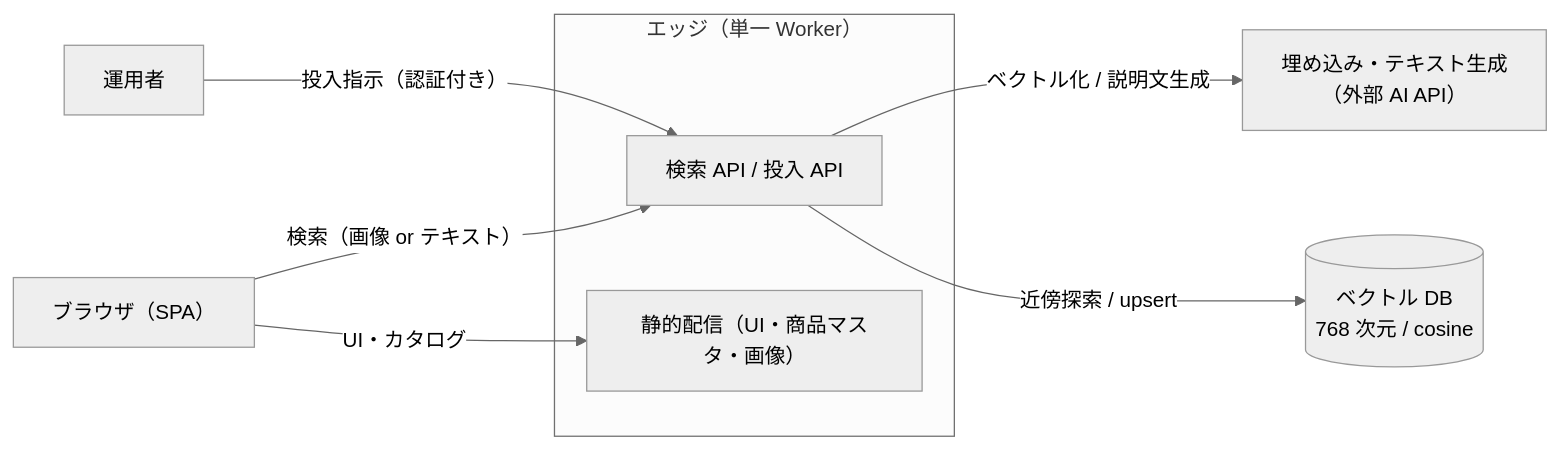
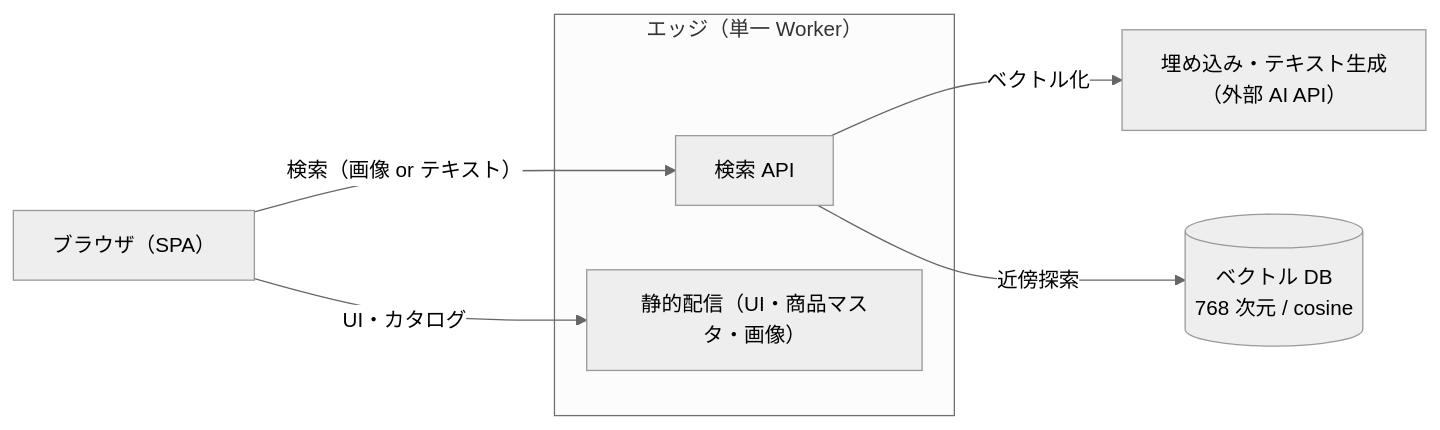
Before and after one commit to cancer/i2i-search: the diagram in docs/architecture.md, drawn with Mermaid (neutral theme). The commit also changed other lines of this file, not shown here.

First line of the commit message:
docs: drop ingestion specifics from architecture doc

````diff
--- a/docs/architecture.md
+++ b/docs/architecture.md
@@ -21,16 +21,15 @@
 ```mermaid
 flowchart LR
     B["ブラウザ（SPA）"]
     subgraph Edge["エッジ（単一 Worker）"]
-        API["検索 API / 投入 API"]
+        API["検索 API"]
         ST["静的配信（UI・商品マスタ・画像）"]
     end
     VDB[("ベクトル DB<br/>768 次元 / cosine")]
     AI["埋め込み・テキスト生成<br/>（外部 AI API）"]
 
     B -->|"検索（画像 or テキスト）"| API
     B -->|"UI・カタログ"| ST
-    API -->|"ベクトル化 / 説明文生成"| AI
-    API -->|"近傍探索 / upsert"| VDB
-    Ops["運用者"] -->|"投入指示（認証付き）"| API
+    API -->|"ベクトル化"| AI
+    API -->|"近傍探索"| VDB
 ```
````
